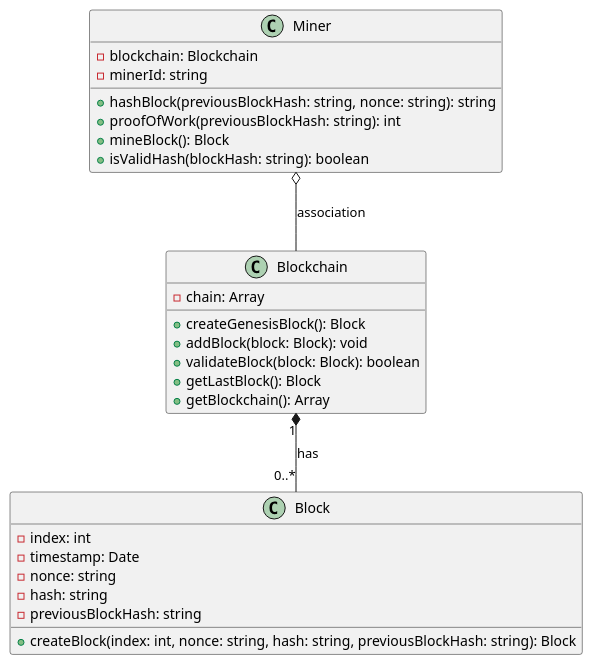
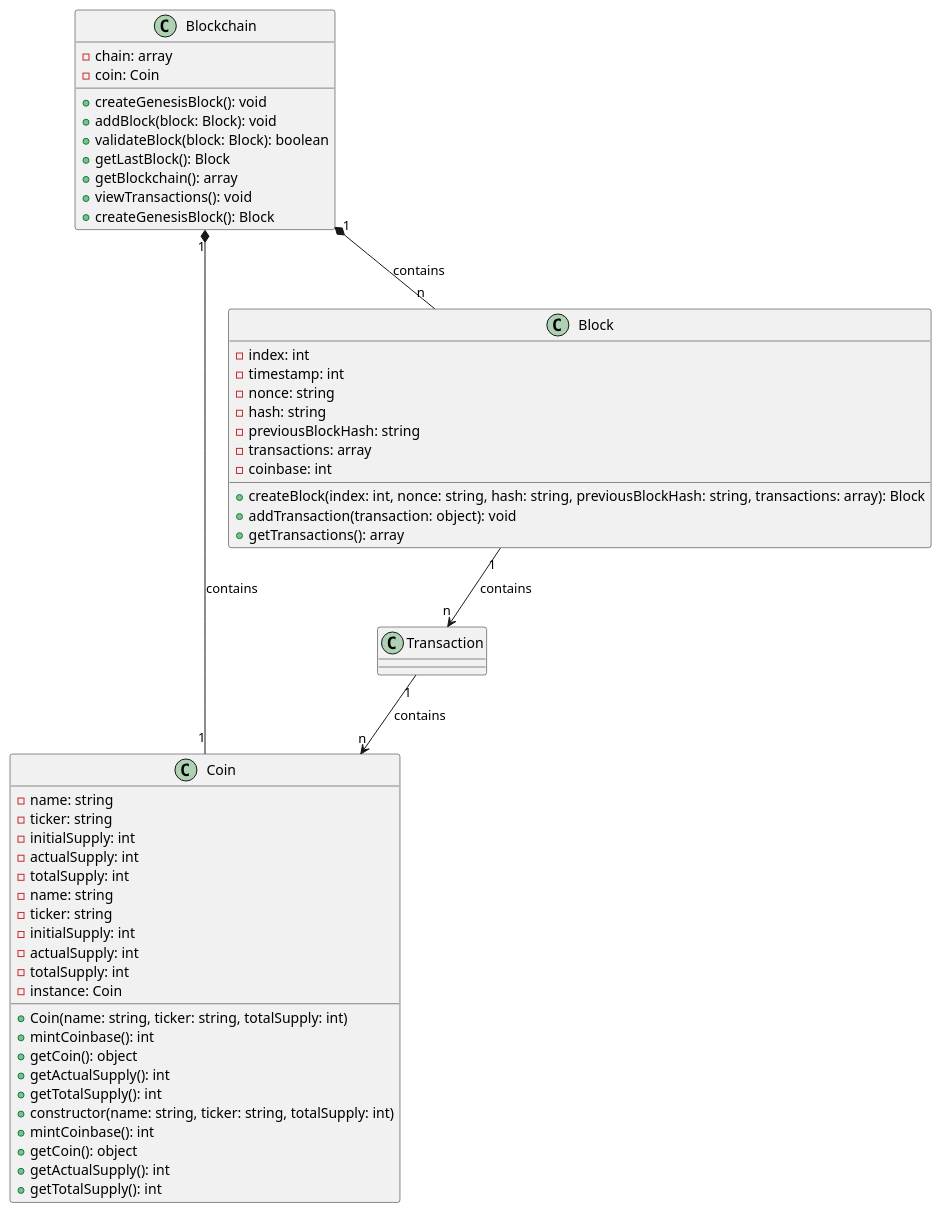
The diagram in DEV4/blockchain.plantUML (valleria-web/blockchain), drawn with PlantUML before and after one commit. The commit also changed other lines of this file and 6 other files, not shown here.

Commit message:
toDoAddCoinbaseTransaction

```diff
--- a/DEV4/blockchain.plantUML
+++ b/DEV4/blockchain.plantUML
@@ -1,33 +1,60 @@
 @startuml
 
-class Blockchain {
-  -chain: Array
-  +createGenesisBlock(): Block
-  +addBlock(block: Block): void
-  +validateBlock(block: Block): boolean
-  +getLastBlock(): Block
-  +getBlockchain(): Array
+class Coin {
+    - name: string
+    - ticker: string
+    - initialSupply: int
+    - actualSupply: int
+    - totalSupply: int
+    + Coin(name: string, ticker: string, totalSupply: int)
+    + mintCoinbase(): int
+    + getCoin(): object
+    + getActualSupply(): int
+    + getTotalSupply(): int
 }
 
 class Block {
-  -index: int
-  -timestamp: Date
-  -nonce: string
-  -hash: string
-  -previousBlockHash: string
-  +createBlock(index: int, nonce: string, hash: string, previousBlockHash: string): Block
+    - index: int
+    - timestamp: int
+    - nonce: string
+    - hash: string
+    - previousBlockHash: string
+    - transactions: array
+    - coinbase: int
+    + createBlock(index: int, nonce: string, hash: string, previousBlockHash: string, transactions: array): Block
+    + addTransaction(transaction: object): void
+    + getTransactions(): array
 }
 
-class Miner {
-  -blockchain: Blockchain
-  -minerId: string
-  +hashBlock(previousBlockHash: string, nonce: string): string
-  +proofOfWork(previousBlockHash: string): int
-  +mineBlock(): Block
-  +isValidHash(blockHash: string): boolean
+class Blockchain {
+    - chain: array
+    - coin: Coin
+    + createGenesisBlock(): void
+    + addBlock(block: Block): void
+    + validateBlock(block: Block): boolean
+    + getLastBlock(): Block
+    + getBlockchain(): array
+    + viewTransactions(): void
+    + createGenesisBlock(): Block
 }
 
-Blockchain "1" *-- "0..*" Block : has
-Miner o-- Blockchain : association
+class Coin {
+    - name: string
+    - ticker: string
+    - initialSupply: int
+    - actualSupply: int
+    - totalSupply: int
+    - instance: Coin
+    + constructor(name: string, ticker: string, totalSupply: int)
+    + mintCoinbase(): int
+    + getCoin(): object
+    + getActualSupply(): int
+    + getTotalSupply(): int
+}
 
+
+Blockchain "1" *-- "n" Block : contains
+Blockchain "1" *-- "1"  Coin : contains
+Block "1" --> "n" Transaction : contains
+Transaction "1" --> "n" Coin: contains
 @enduml
```
